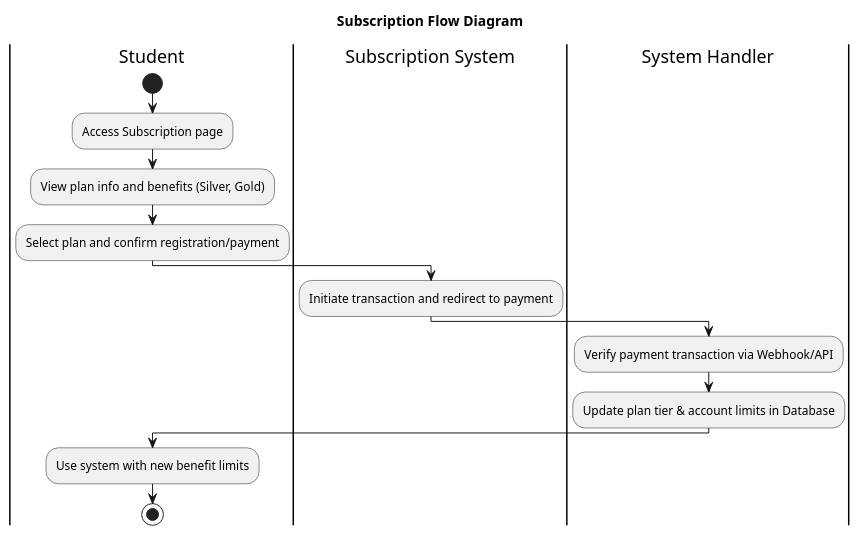
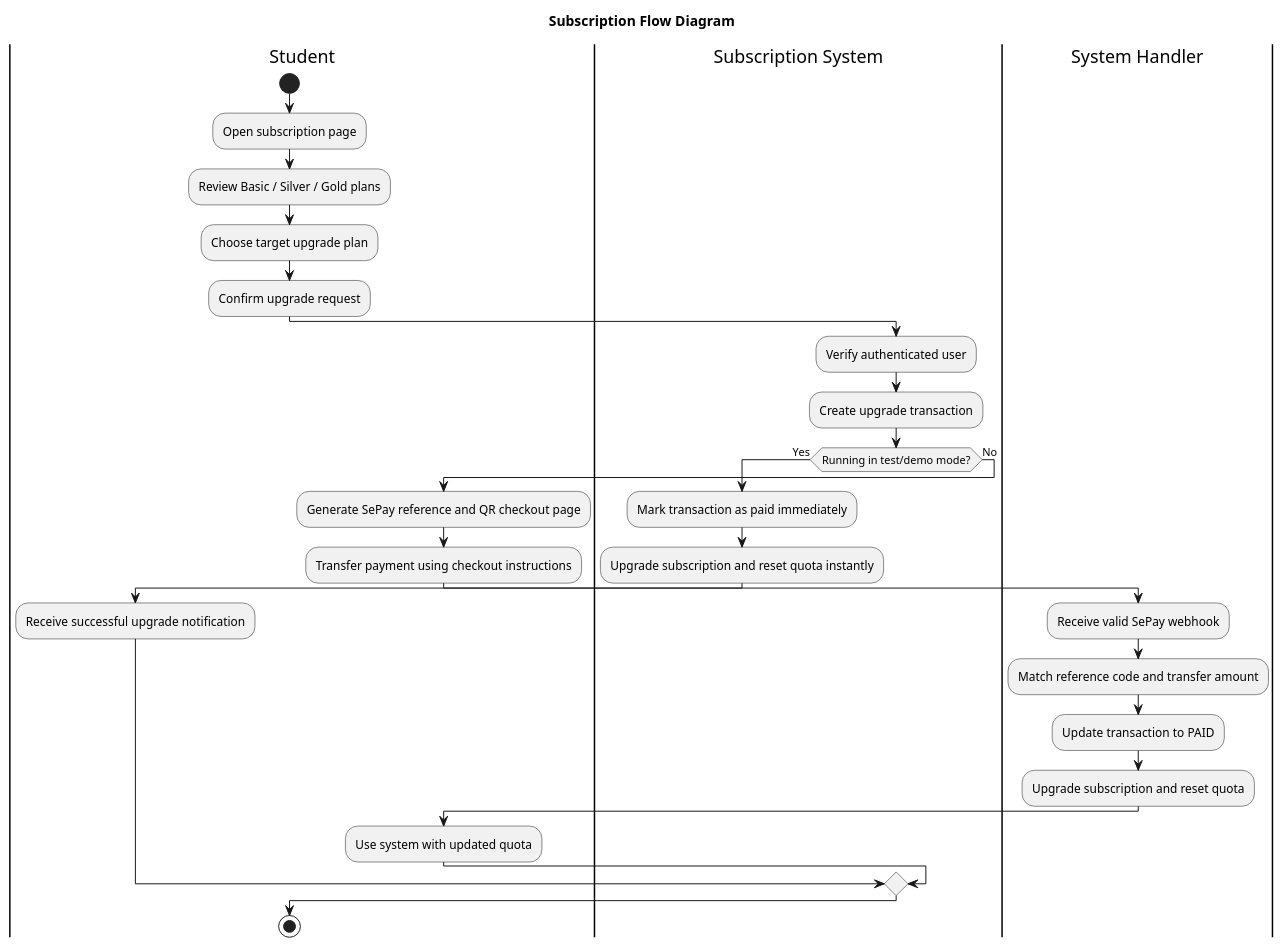
One commit to lgdlong/chatbot-rag-fptu changed the diagram in docs/srs/flow-subscription.en.puml. Above: the diagram before and after it, drawn with PlantUML. The commit also changed 19 other files, not shown here.

```diff
--- a/docs/srs/flow-subscription.en.puml
+++ b/docs/srs/flow-subscription.en.puml
@@ -1,21 +1,33 @@
 @startuml
 title Subscription Flow Diagram
 
 |Student|
 start
-:Access Subscription page;
-:View plan info and benefits (Silver, Gold);
-:Select plan and confirm registration/payment;
+:Open subscription page;
+:Review Basic / Silver / Gold plans;
+:Choose target upgrade plan;
+:Confirm upgrade request;
 
 |Subscription System|
-:Initiate transaction and redirect to payment;
-
-|System Handler|
-:Verify payment transaction via Webhook/API;
-:Update plan tier & account limits in Database;
-
-|Student|
-:Use system with new benefit limits;
+:Verify authenticated user;
+:Create upgrade transaction;
+if (Running in test/demo mode?) then (Yes)
+  :Mark transaction as paid immediately;
+  :Upgrade subscription and reset quota instantly;
+  |Student|
+  :Receive successful upgrade notification;
+else (No)
+  :Generate SePay reference and QR checkout page;
+  |Student|
+  :Transfer payment using checkout instructions;
+  |System Handler|
+  :Receive valid SePay webhook;
+  :Match reference code and transfer amount;
+  :Update transaction to PAID;
+  :Upgrade subscription and reset quota;
+  |Student|
+  :Use system with updated quota;
+endif
 
 stop
 @enduml
```
